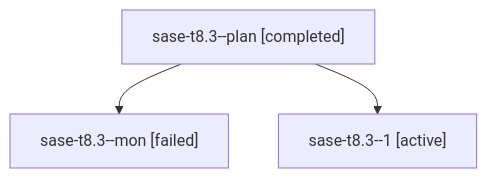
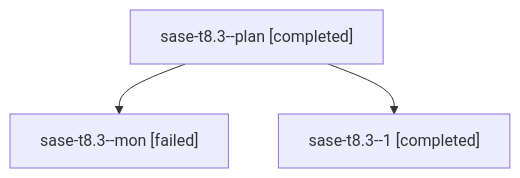
Before and after one commit to sase-org/sase--agents: the diagram in families/bbugyi200.athena.sase-t8.3.md, drawn with Mermaid. The commit also changed other lines of this file and 458 other files, not shown here.

````diff
--- a/families/bbugyi200.athena.sase-t8.3.md
+++ b/families/bbugyi200.athena.sase-t8.3.md
@@ -9,8 +9,8 @@
 ```mermaid
 flowchart TD
   n0["sase-t8.3--plan [completed]"]
   n1["sase-t8.3--mon [failed]"]
   n0 --> n1
-  n2["sase-t8.3--1 [active]"]
+  n2["sase-t8.3--1 [completed]"]
   n0 --> n2
 ```
````
